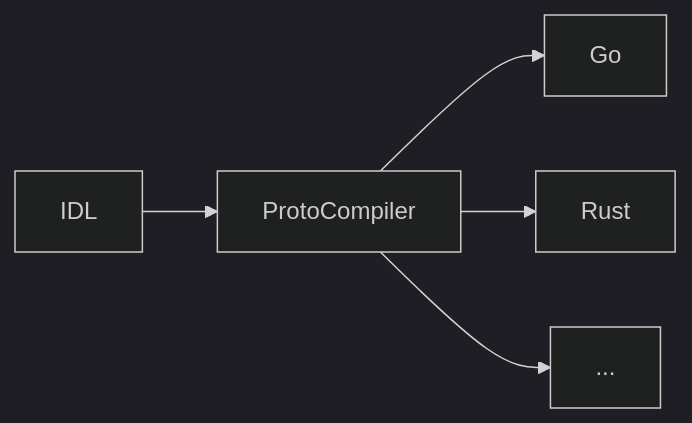
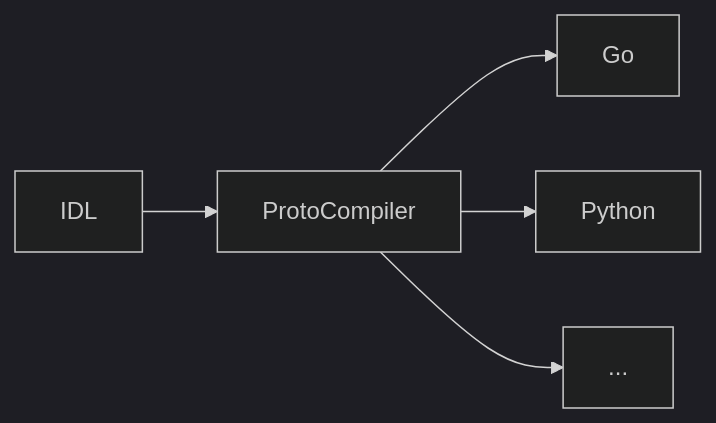
The diagram in example/protos/README.md (eloylp/goomerang), drawn with Mermaid (dark theme) before and after one commit. The commit also changed other lines of this file and 2 other files, not shown here.

````diff
--- a/example/protos/README.md
+++ b/example/protos/README.md
@@ -12,7 +12,7 @@
 ```mermaid
 graph LR;
 IDL-->ProtoCompiler;
 ProtoCompiler-->Go;
-ProtoCompiler-->Rust;
+ProtoCompiler-->Python;
 ProtoCompiler-->...;
 ```
````
